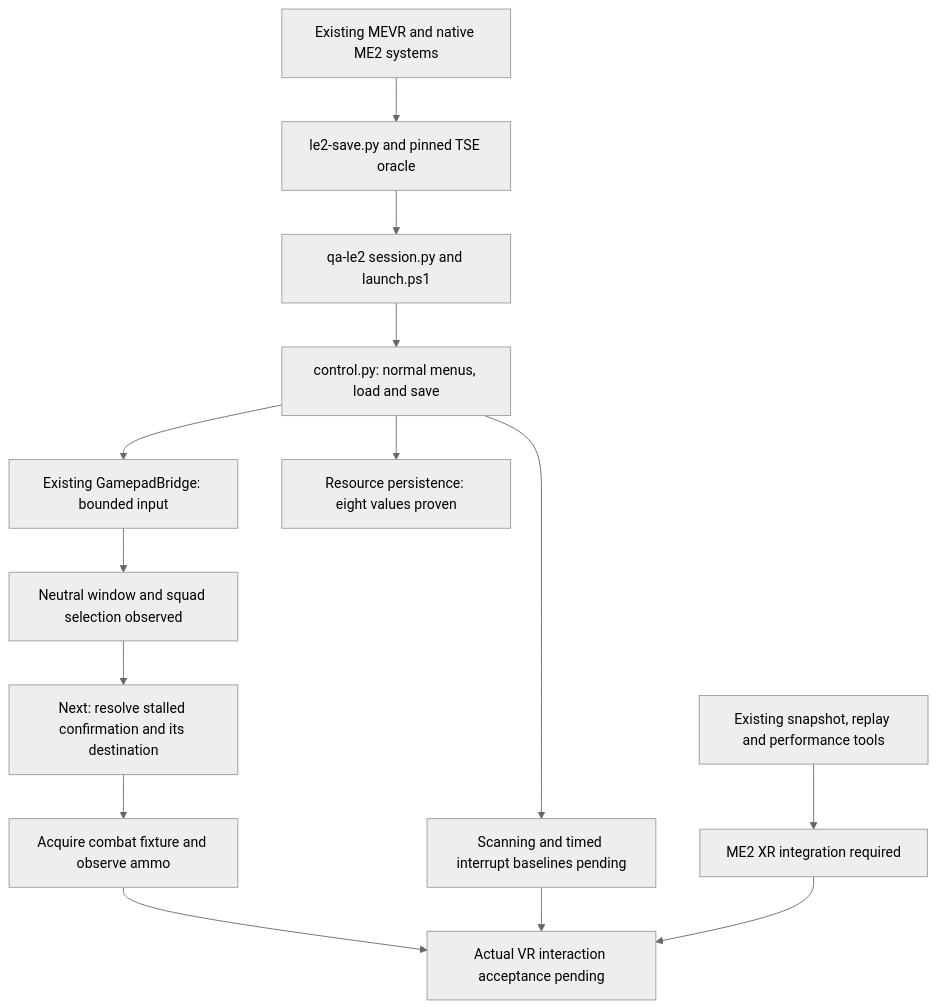
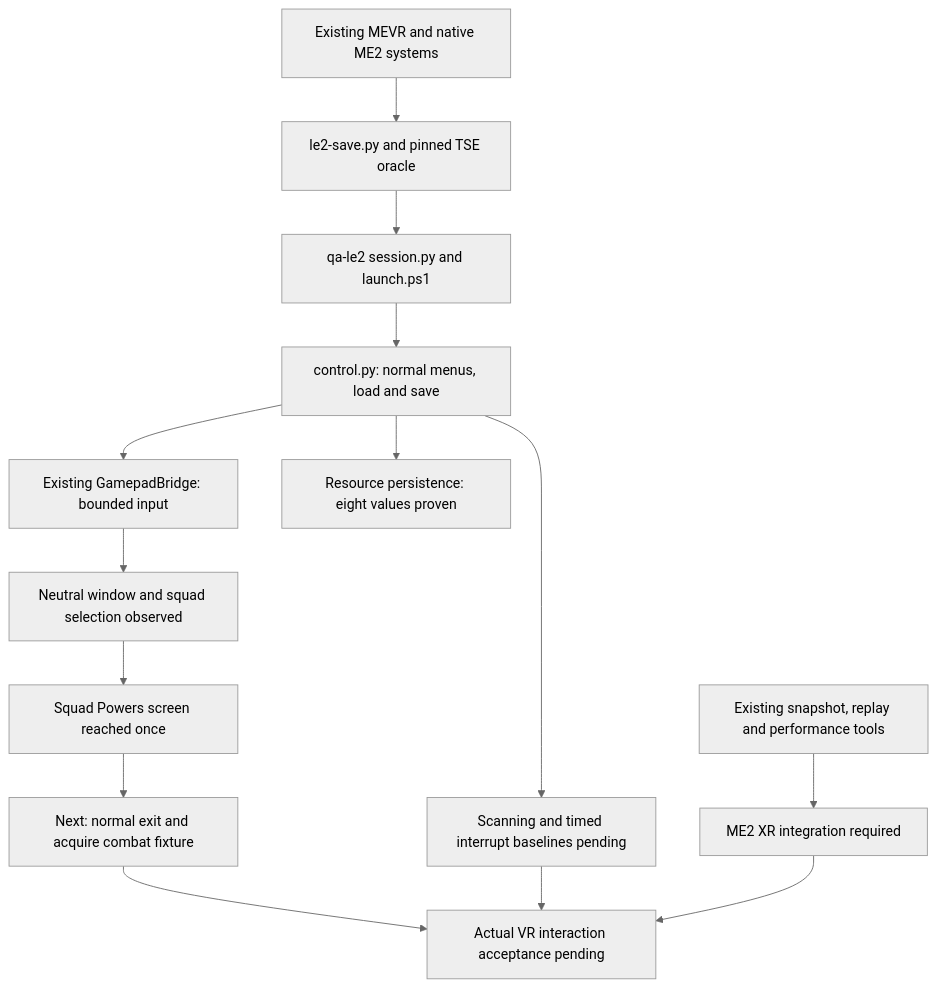
One commit to dnehring/MEVR changed the diagram in research/le2-runtime-observer.md. Above: the diagram before and after it, drawn with Mermaid (neutral theme). The commit also changed other lines of this file and 3 other files, not shown here.

````diff
--- a/research/le2-runtime-observer.md
+++ b/research/le2-runtime-observer.md
@@ -24,16 +27,16 @@
 ```mermaid
 flowchart TD
     A[Existing MEVR and native ME2 systems] --> B[le2-save.py and pinned TSE oracle]
     B --> C[qa-le2 session.py and launch.ps1]
     C --> D[control.py: normal menus, load and save]
     D --> E[Existing GamepadBridge: bounded input]
     E --> F[Neutral window and squad selection observed]
-    F --> G[Next: resolve stalled confirmation and its destination]
-    G --> H[Acquire combat fixture and observe ammo]
+    F --> G[Squad Powers screen reached once]
+    G --> H[Next: normal exit and acquire combat fixture]
     D --> I[Resource persistence: eight values proven]
     D --> J[Scanning and timed interrupt baselines pending]
     H --> K[Actual VR interaction acceptance pending]
     J --> K
     L[Existing snapshot, replay and performance tools] --> M[ME2 XR integration required]
     M --> K
 ```
````
